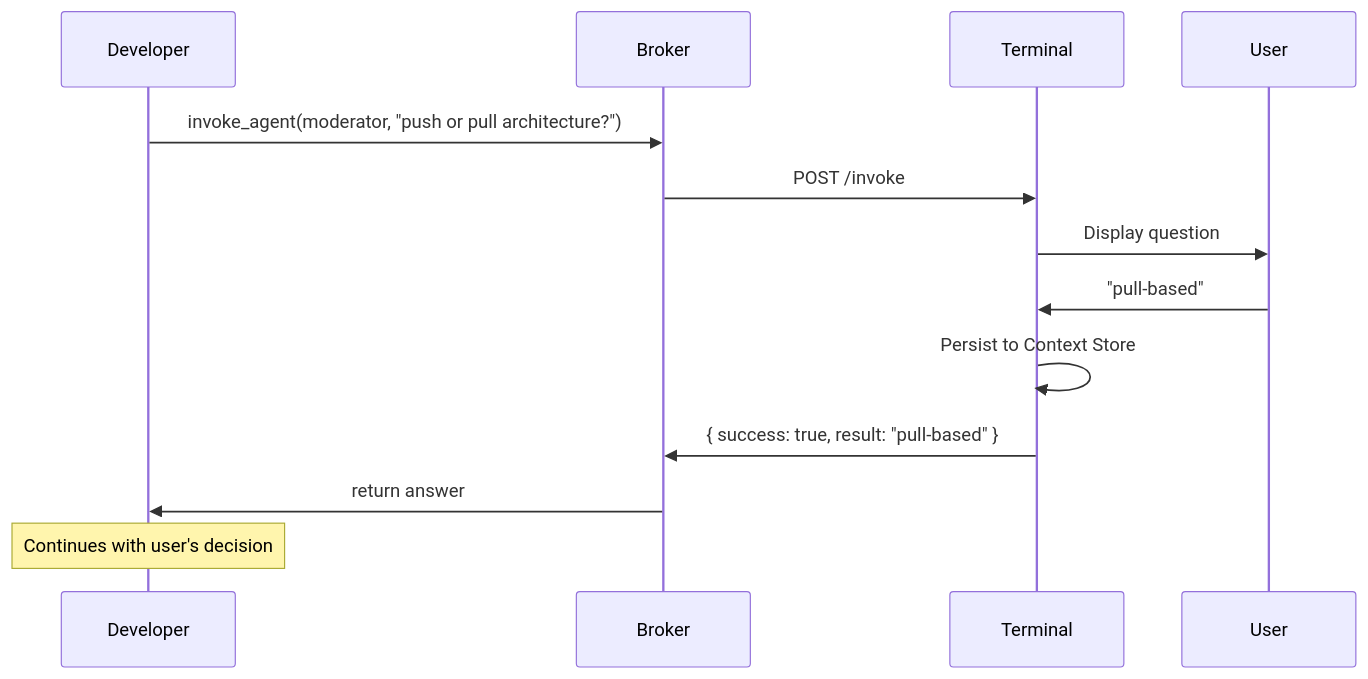
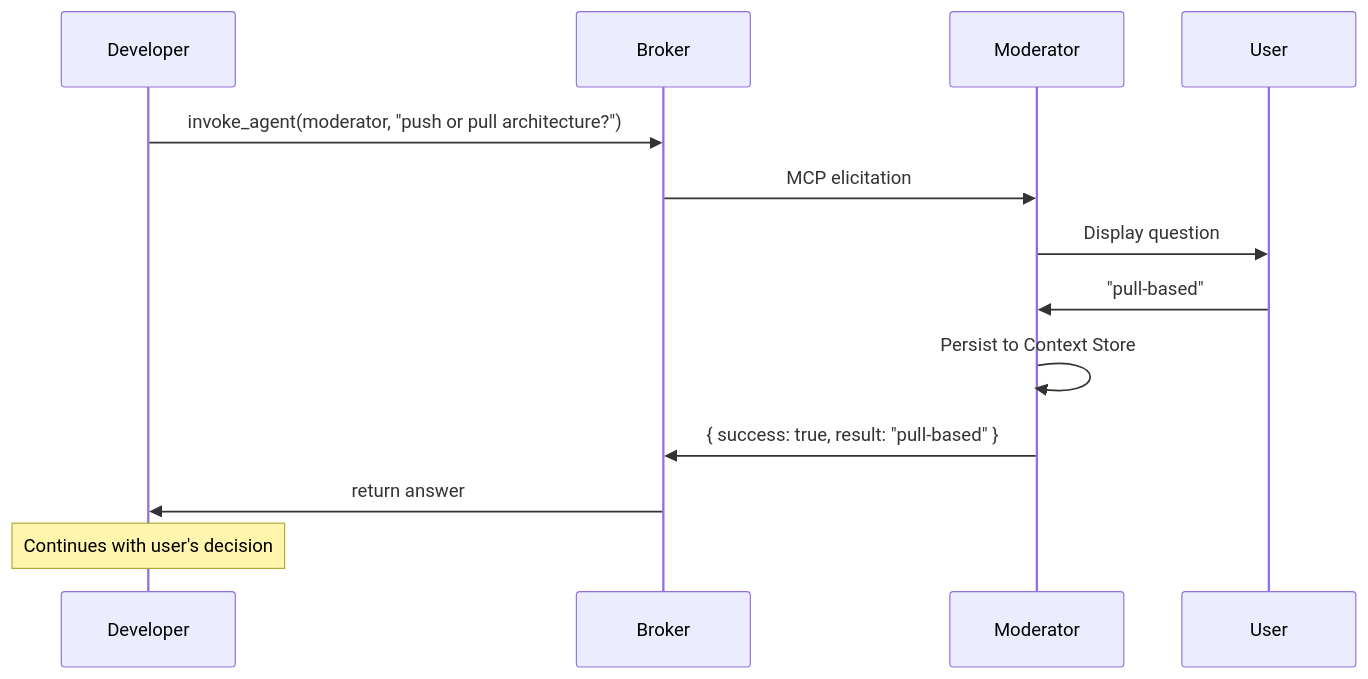
The seventh of 7 diagrams in docs/agent-messaging.md (ia64mail/quorum), drawn with Mermaid before and after one commit. The commit also changed other lines of this file and 41 other files, not shown here.

````diff
--- a/docs/agent-messaging.md
+++ b/docs/agent-messaging.md
@@ -178,16 +178,16 @@
 ```mermaid
 sequenceDiagram
     participant D as Developer
     participant B as Broker
-    participant T as Terminal
+    participant M as Moderator
     participant U as User
 
     D->>B: invoke_agent(moderator, "push or pull architecture?")
-    B->>T: POST /invoke
-    T->>U: Display question
-    U->>T: "pull-based"
-    T->>T: Persist to Context Store
-    T->>B: { success: true, result: "pull-based" }
+    B->>M: MCP elicitation
+    M->>U: Display question
+    U->>M: "pull-based"
+    M->>M: Persist to Context Store
+    M->>B: { success: true, result: "pull-based" }
     B->>D: return answer
     Note over D: Continues with user's decision
 ```
````
